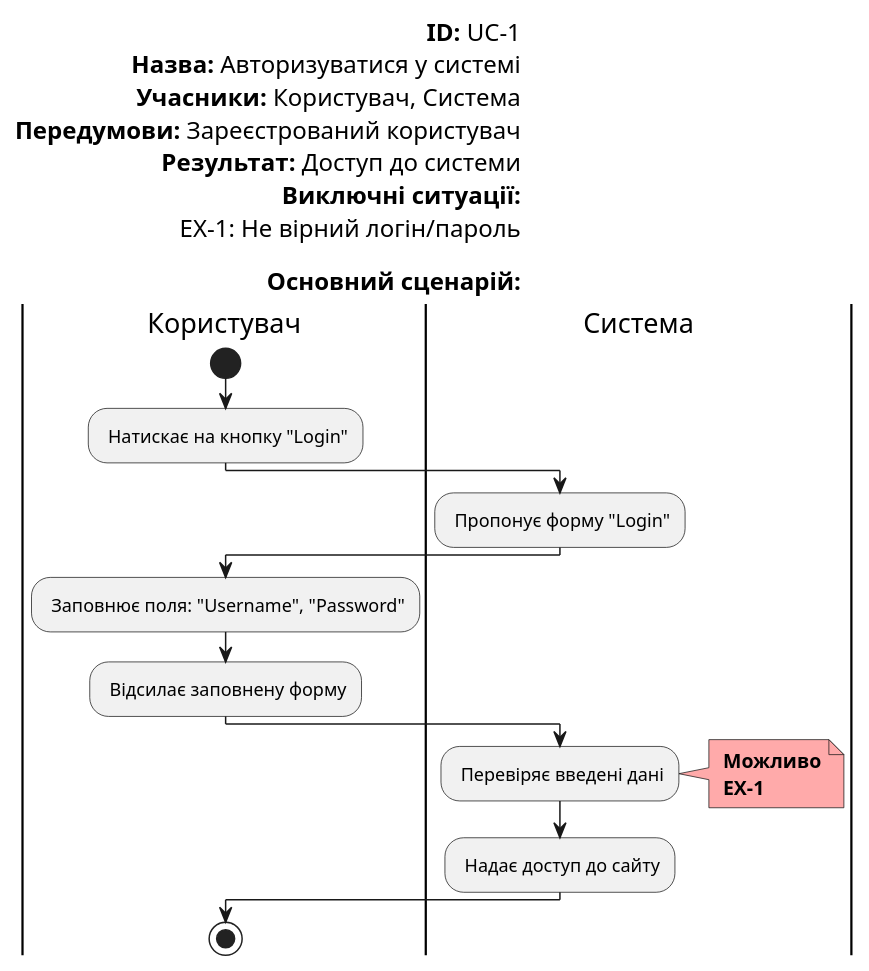
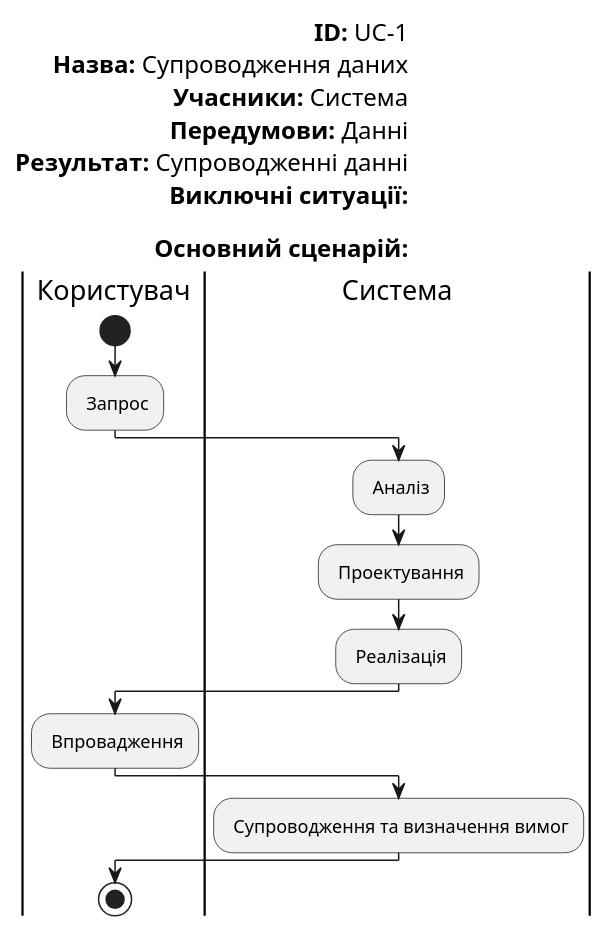
One commit to horidor/open-data-management-system changed the fourth of 4 diagrams in docs/use cases/README.md. Above: the diagram before and after it, drawn with PlantUML. The commit also changed other lines of this file, not shown here.

```diff
--- a/docs/use cases/README.md
+++ b/docs/use cases/README.md
@@ -87,32 +96,27 @@
 @startuml
 
-left header
-    <font color=000 size=16><b>ID:</b> UC-1
-    <font color=000 size=16><b>Назва:</b> Авторизуватися у системі
-    <font color=000 size=16><b>Учасники:</b> Користувач, Система
-    <font color=000 size=16><b>Передумови:</b> Зареєстрований користувач
-    <font color=000 size=16><b>Результат:</b> Доступ до системи
-    <font color=000 size=16><b>Виключні ситуації:</b>
-    <font color=000 size=16>EX-1: Не вірний логін/пароль
-    
-    <font color=000 size=16><b>Основний сценарій:</b>
-end header
+    left header
+        <font color=000 size=16><b>ID:</b> UC-1
+        <font color=000 size=16><b>Назва:</b> Cупроводження даних
+        <font color=000 size=16><b>Учасники:</b> Система
+        <font color=000 size=16><b>Передумови:</b> Данні
+        <font color=000 size=16><b>Результат:</b> Супроводженні данні
+        <font color=000 size=16><b>Виключні ситуації:</b>
+        
+        <font color=000 size=16><b>Основний сценарій:</b>
+    end header
 
-|Користувач|
-    start
-    : Натискає на кнопку "Login";
-|Система|
-    : Пропонує форму "Login";
-|Користувач|
-    : Заповнює поля: "Username", "Password";
-    : Відсилає заповнену форму;
-|Система|
-    : Перевіряє введені дані;
-    note right #ffaaaa
-    <b> Можливо
-    <b> EX-1
-    end note
-    : Надає доступ до сайту;
-|Користувач|
-    stop;
+    |Користувач|
+        start
+        : Запрос;
+    |Система|
+        : Аналіз;
+        : Проектування;
+        : Реалізація;
+    |Користувач|
+        : Впровадження;
+    |Система|
+        : Супроводження та визначення вимог;
+    |Користувач|
+        stop;
 @enduml
```
